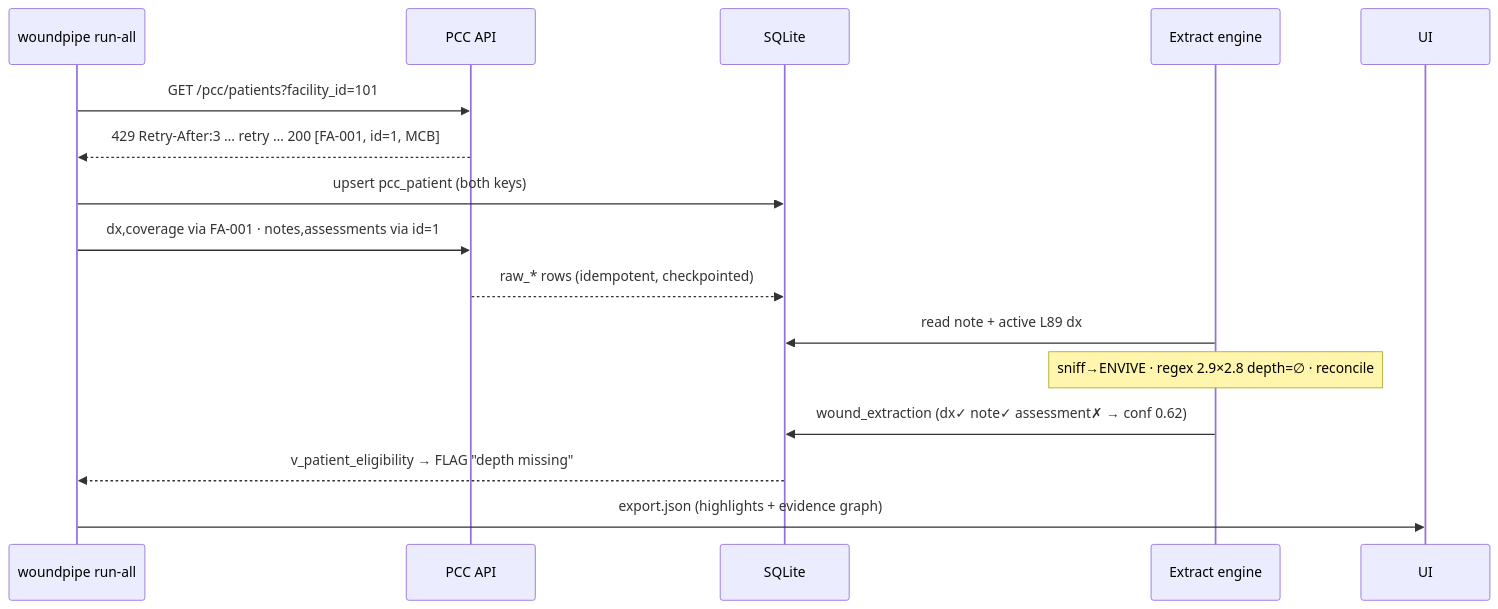
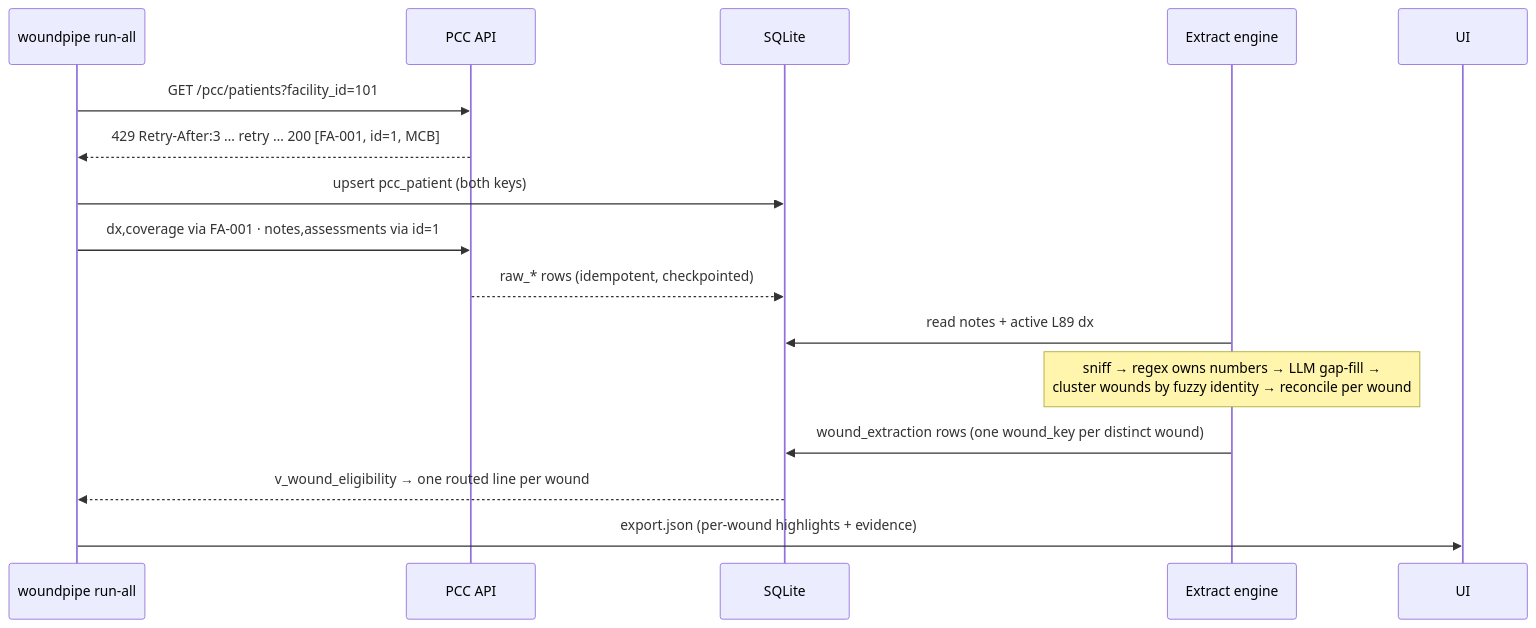
Before and after one commit to yashwanthsai1234/Hackathon-ABI-Frameworks: the second of 3 diagrams in README.md, drawn with Mermaid. The commit also changed other lines of this file, not shown here.

Commit message:
docs: rewrite README for Concur, multi-wound, on-demand summaries

````diff
--- a/README.md
+++ b/README.md
@@ -58,17 +63,17 @@
 ```mermaid
 sequenceDiagram
     participant CLI as woundpipe run-all
     participant API as PCC API
     participant DB as SQLite
     participant EX as Extract engine
     CLI->>API: GET /pcc/patients?facility_id=101
     API-->>CLI: 429 Retry-After:3 … retry … 200 [FA-001, id=1, MCB]
     CLI->>DB: upsert pcc_patient (both keys)
     CLI->>API: dx,coverage via FA-001 · notes,assessments via id=1
     API-->>DB: raw_* rows (idempotent, checkpointed)
-    EX->>DB: read note + active L89 dx
-    Note over EX: sniff→ENVIVE · regex 2.9×2.8 depth=∅ · reconcile
-    EX->>DB: wound_extraction (dx✓ note✓ assessment✗ → conf 0.62)
-    DB-->>CLI: v_patient_eligibility → FLAG "depth missing"
-    CLI->>UI: export.json (highlights + evidence graph)
+    EX->>DB: read notes + active L89 dx
+    Note over EX: sniff → regex owns numbers → LLM gap-fill →<br/>cluster wounds by fuzzy identity → reconcile per wound
+    EX->>DB: wound_extraction rows (one wound_key per distinct wound)
+    DB-->>CLI: v_wound_eligibility → one routed line per wound
+    CLI->>UI: export.json (per-wound highlights + evidence)
 ```
````
